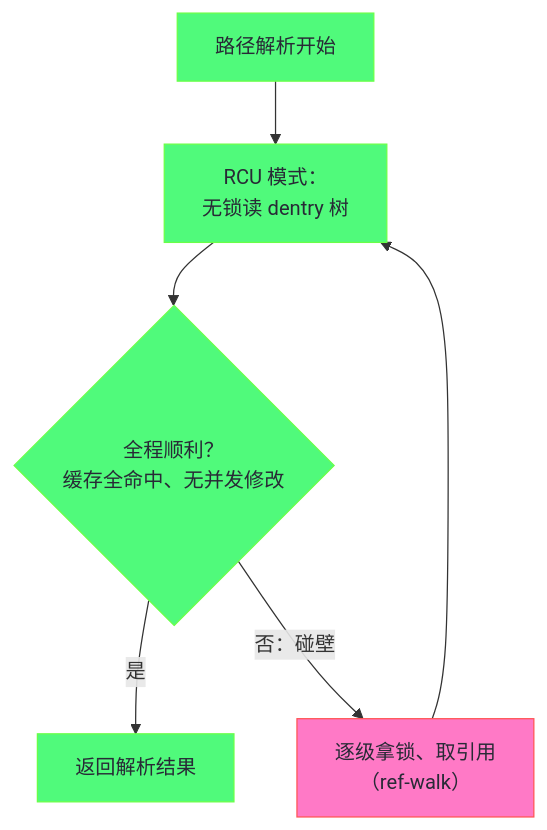
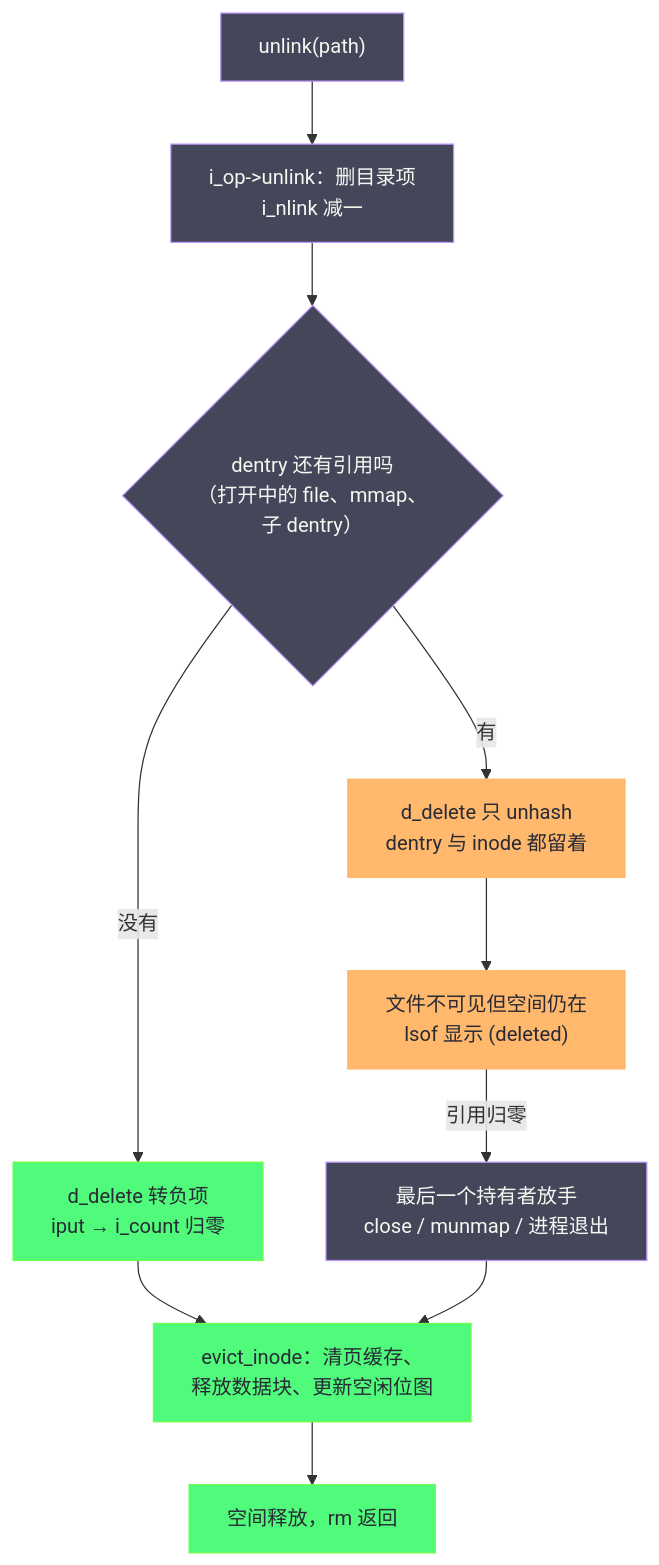
Before and after one commit to hpliStartAgain/my-brain: the sixth of 6 diagrams in content/Linux/文件系统/02 VFS 虚拟文件系统——超级块、inode、dentry 与 file.md, drawn with Mermaid. The commit also changed other lines of this file and 455 other files, not shown here.

````diff
--- a/content/Linux/文件系统/02 VFS 虚拟文件系统——超级块、inode、dentry 与 file.md
+++ b/content/Linux/文件系统/02 VFS 虚拟文件系统——超级块、inode、dentry 与 file.md
@@ -125,16 +485,23 @@
 ```mermaid
 %%{init: {'theme': 'dracula'}}%%
 flowchart TB
-    classDef fast fill:#50fa7b,stroke:#69ff47,color:#282a36
-    classDef slow fill:#ff79c6,stroke:#ff5555,color:#282a36
+    classDef step fill:#44475a,stroke:#bd93f9,color:#f8f8f2
+    classDef live fill:#ffb86c,stroke:#ffb86c,color:#282a36
+    classDef free fill:#50fa7b,stroke:#69ff47,color:#282a36
 
-    S["路径解析开始"]:::fast
-    R["RCU 模式：<br/>无锁读 dentry 树"]:::fast
-    OK{"全程顺利？<br/>缓存全命中、无并发修改"}:::fast
-    D["逐级拿锁、取引用<br/>（ref-walk）"]:::slow
-    F["返回解析结果"]:::fast
+    A["unlink(path)"]:::step
+    B["i_op->unlink：删目录项<br/>i_nlink 减一"]:::step
+    C{"dentry 还有引用吗<br/>（打开中的 file、mmap、子 dentry）"}:::step
+    D["d_delete 转负项<br/>iput → i_count 归零"]:::free
+    E["d_delete 只 unhash<br/>dentry 与 inode 都留着"]:::live
+    F["evict_inode：清页缓存、<br/>释放数据块、更新空闲位图"]:::free
+    G["空间释放，rm 返回"]:::free
+    H["文件不可见但空间仍在<br/>lsof 显示 (deleted)"]:::live
+    I["最后一个持有者放手<br/>close / munmap / 进程退出"]:::step
 
-    S --> R --> OK
-    OK -->|是| F
-    OK -->|否：碰壁| D --> R
+    A --> B --> C
+    C -->|没有| D --> F --> G
+    C -->|有| E --> H
+    H -->|引用归零| I
+    I --> F
 ```
````
